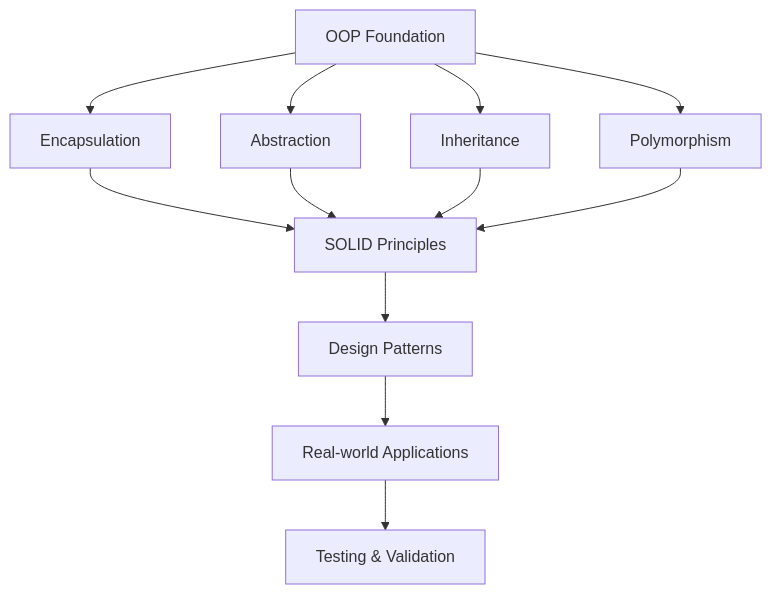
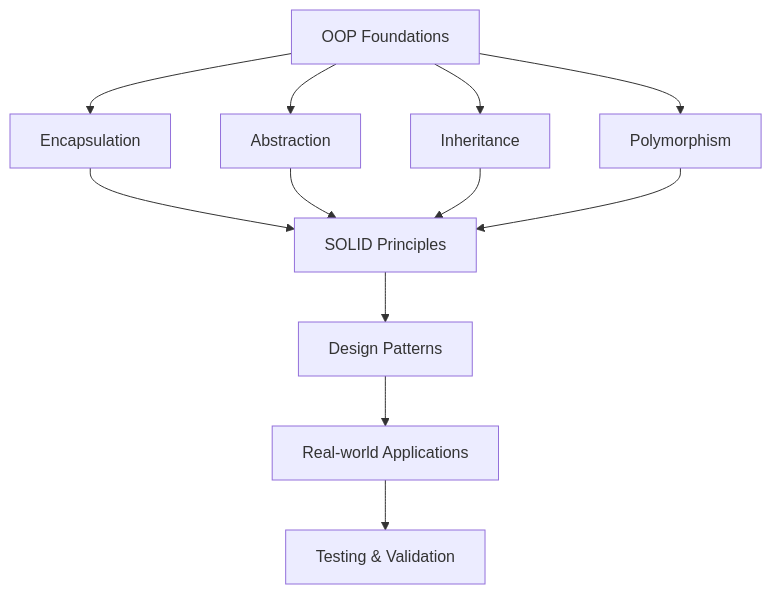
One commit to dhruvsh1997/Python-Object-Oriented-Programming-for-Low-Level-Design-LLD- changed the ninth of 9 diagrams in README.MD. Above: the diagram before and after it, drawn with Mermaid.

````diff
--- a/README.MD
+++ b/README.MD
@@ -280,16 +280,16 @@
 ```mermaid
 flowchart TD
-    A[OOP Foundation] --> B[Encapsulation]
+    A[OOP Foundations] --> B[Encapsulation]
     A --> C[Abstraction]
     A --> D[Inheritance]
     A --> E[Polymorphism]
     
     B --> F[SOLID Principles]
     C --> F
     D --> F
     E --> F
     
     F --> G[Design Patterns]
     G --> H[Real-world Applications]
     H --> I[Testing & Validation]
 ```
````
